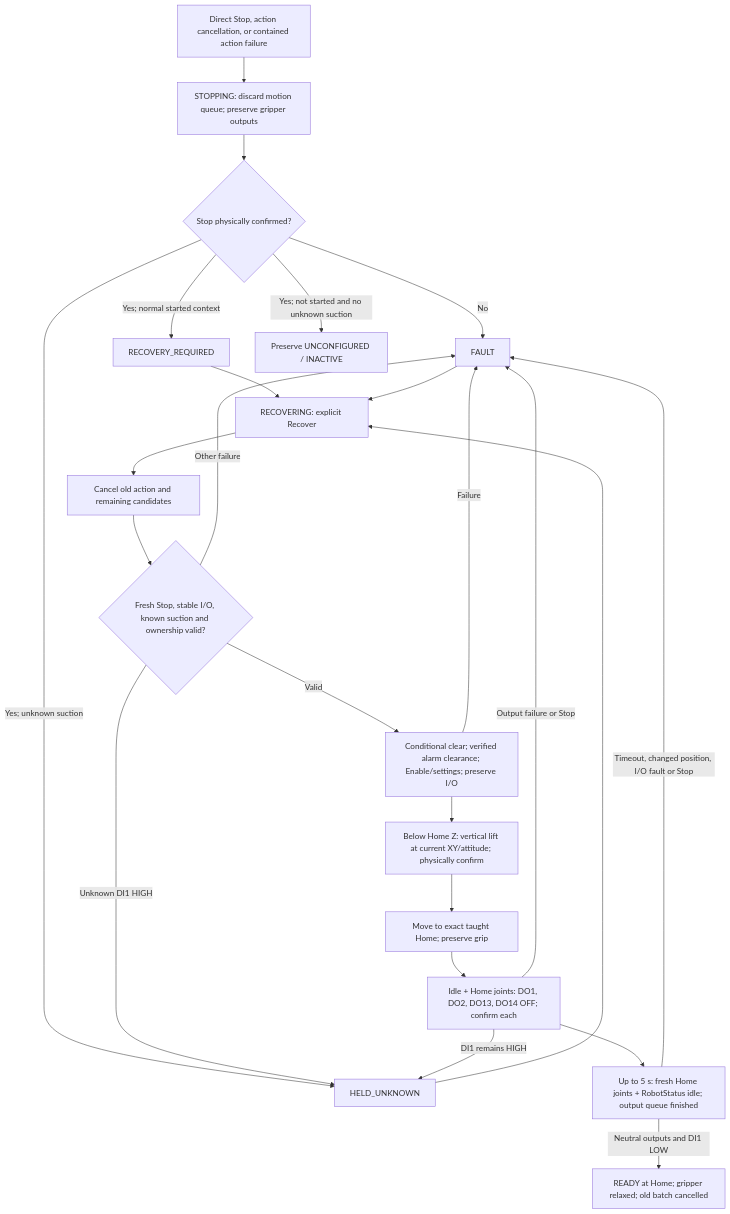
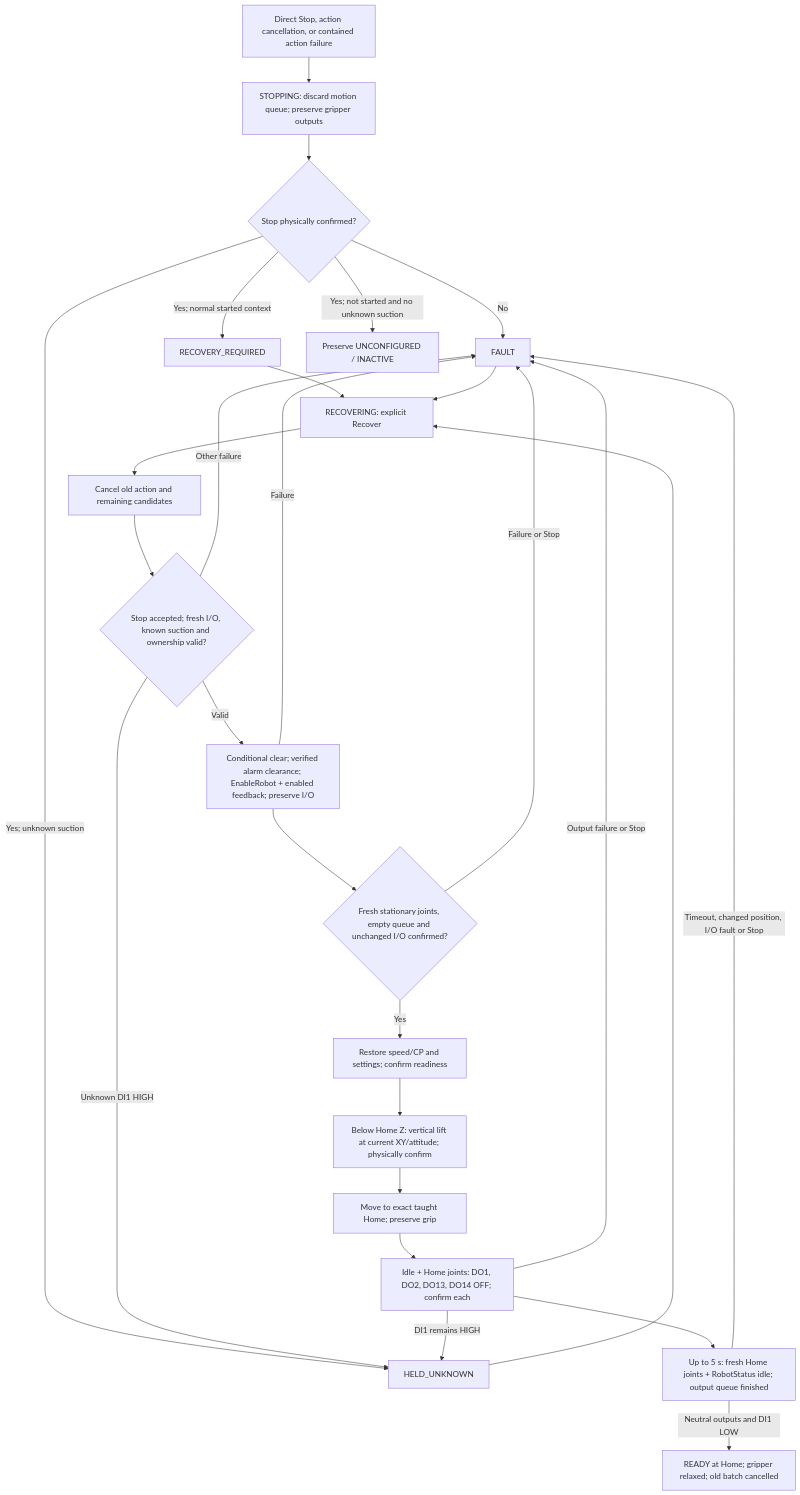
The eighth of 9 diagrams in docs/ROBOT_CONTROLLER_FSM.md (esgange/dobot_picknplace_yolo), drawn with Mermaid before and after one commit. The commit also changed other lines of this file and 13 other files, not shown here.

Commit message:
Confirm recovery standstill after enabling the robot

````diff
--- a/docs/ROBOT_CONTROLLER_FSM.md
+++ b/docs/ROBOT_CONTROLLER_FSM.md
@@ -1147,26 +1158,29 @@
 ```mermaid
 flowchart TD
     Interrupt["Direct Stop, action cancellation, or contained action failure"] --> Stopping["STOPPING: discard motion queue; preserve gripper outputs"]
     Stopping --> Contained{"Stop physically confirmed?"}
     Contained -->|No| Fault["FAULT"]
     Contained -->|Yes; normal started context| Required["RECOVERY_REQUIRED"]
     Contained -->|Yes; unknown suction| Unknown["HELD_UNKNOWN"]
     Contained -->|Yes; not started and no unknown suction| Before["Preserve UNCONFIGURED / INACTIVE"]
     Required --> Recover["RECOVERING: explicit Recover"]
     Fault --> Recover
     Unknown --> Recover
     Recover --> Cancel["Cancel old action and remaining candidates"]
-    Cancel --> Guard{"Fresh Stop, stable I/O, known suction and ownership valid?"}
+    Cancel --> Guard{"Stop accepted; fresh I/O, known suction and ownership valid?"}
     Guard -->|Unknown DI1 HIGH| Unknown
     Guard -->|Other failure| Fault
-    Guard -->|Valid| Enable["Conditional clear; verified alarm clearance; Enable/settings; preserve I/O"]
+    Guard -->|Valid| Enable["Conditional clear; verified alarm clearance; EnableRobot + enabled feedback; preserve I/O"]
     Enable -->|Failure| Fault
-    Enable --> Lift["Below Home Z: vertical lift at current XY/attitude; physically confirm"]
+    Enable --> Stationary{"Fresh stationary joints, empty queue and unchanged I/O confirmed?"}
+    Stationary -->|Failure or Stop| Fault
+    Stationary -->|Yes| Settings["Restore speed/CP and settings; confirm readiness"]
+    Settings --> Lift["Below Home Z: vertical lift at current XY/attitude; physically confirm"]
     Lift --> Home["Move to exact taught Home; preserve grip"]
     Home --> Relax["Idle + Home joints: DO1, DO2, DO13, DO14 OFF; confirm each"]
     Relax --> Confirm["Up to 5 s: fresh Home joints + RobotStatus idle; output queue finished"]
     Confirm -->|Neutral outputs and DI1 LOW| Ready["READY at Home; gripper relaxed; old batch cancelled"]
     Confirm -->|Timeout, changed position, I/O fault or Stop| Fault
     Relax -->|DI1 remains HIGH| Unknown
     Relax -->|Output failure or Stop| Fault
 ```
````
